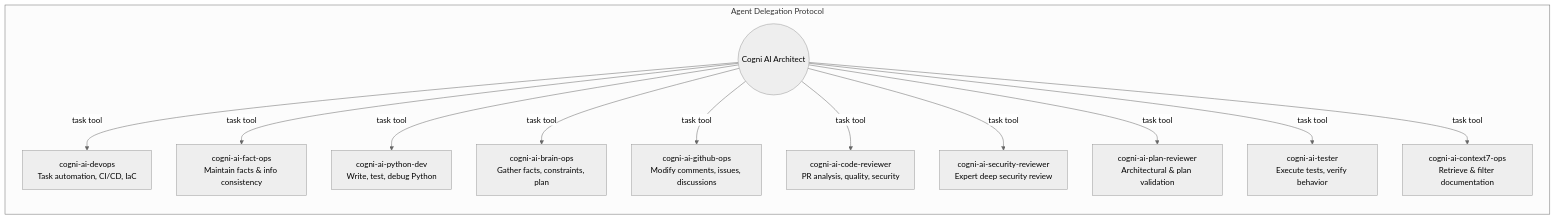
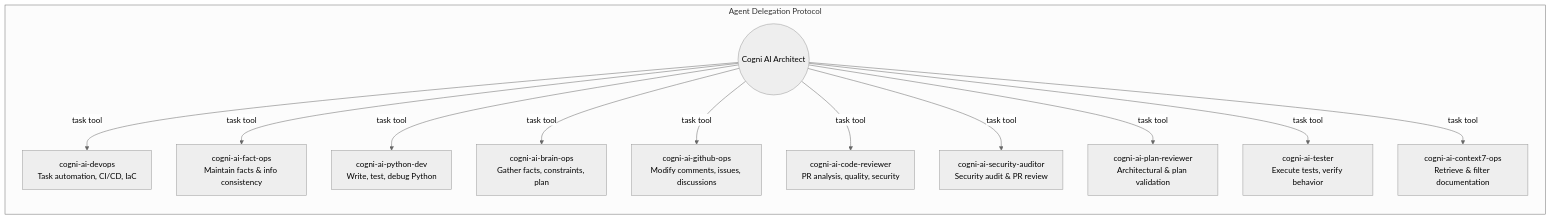
Before and after one commit to Cogni-AI-OU/cogni-ai-agent-skills: the first of 2 diagrams in subagent-task/SKILL.md, drawn with Mermaid (neutral theme). The commit also changed other lines of this file and 13 other files, not shown here.

Commit message:
Split security into audit and review.

````diff
--- a/subagent-task/SKILL.md
+++ b/subagent-task/SKILL.md
@@ -44,20 +44,20 @@
 ```mermaid
 %% --------------------------------------------------------
 %% Agent Delegation Protocol
 %% --------------------------------------------------------
 flowchart TD
     subgraph Flow_Agent_Delegation ["Agent Delegation Protocol"]
         direction TB
         Arch((Cogni AI Architect))
         Arch -->|task tool| DevOps[cogni-ai-devops<br/>Task automation, CI/CD, IaC]
         Arch -->|task tool| FactOps[cogni-ai-fact-ops<br/>Maintain facts & info consistency]
         Arch -->|task tool| PyDev[cogni-ai-python-dev<br/>Write, test, debug Python]
         Arch -->|task tool| BrainOps[cogni-ai-brain-ops<br/>Gather facts, constraints, plan]
         Arch -->|task tool| GHOps[cogni-ai-github-ops<br/>Modify comments, issues, discussions]
         Arch -->|task tool| CodeRev[cogni-ai-code-reviewer<br/>PR analysis, quality, security]
-        Arch -->|task tool| SecRev_Arch[cogni-ai-security-reviewer<br/>Expert deep security review]
+        Arch -->|task tool| SecAud[cogni-ai-security-auditor<br/>Security audit & PR review]
         Arch -->|task tool| PlanRev[cogni-ai-plan-reviewer<br/>Architectural & plan validation]
         Arch -->|task tool| Tester[cogni-ai-tester<br/>Execute tests, verify behavior]
         Arch -->|task tool| C7Ops[cogni-ai-context7-ops<br/>Retrieve & filter documentation]
     end
 ```
````
